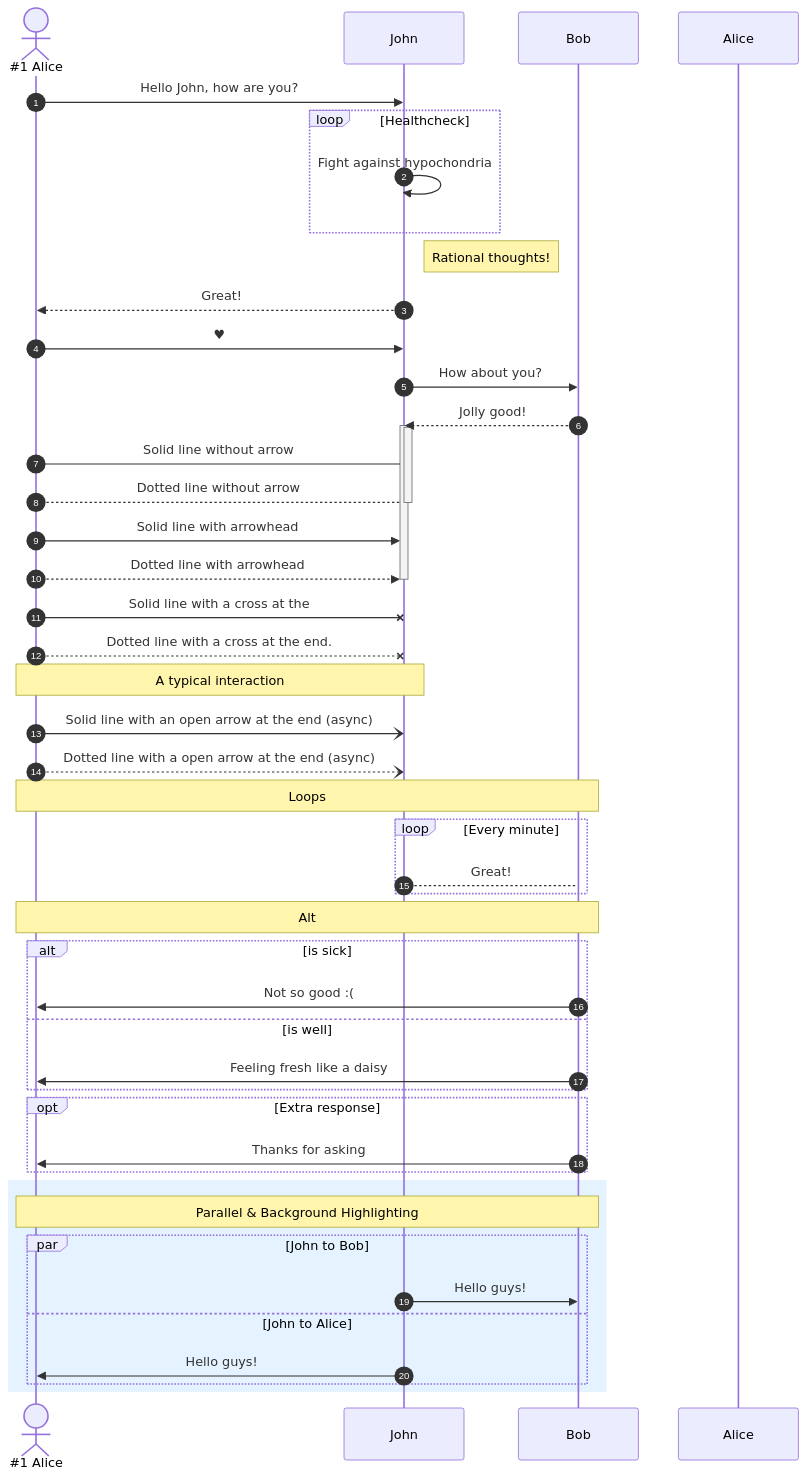
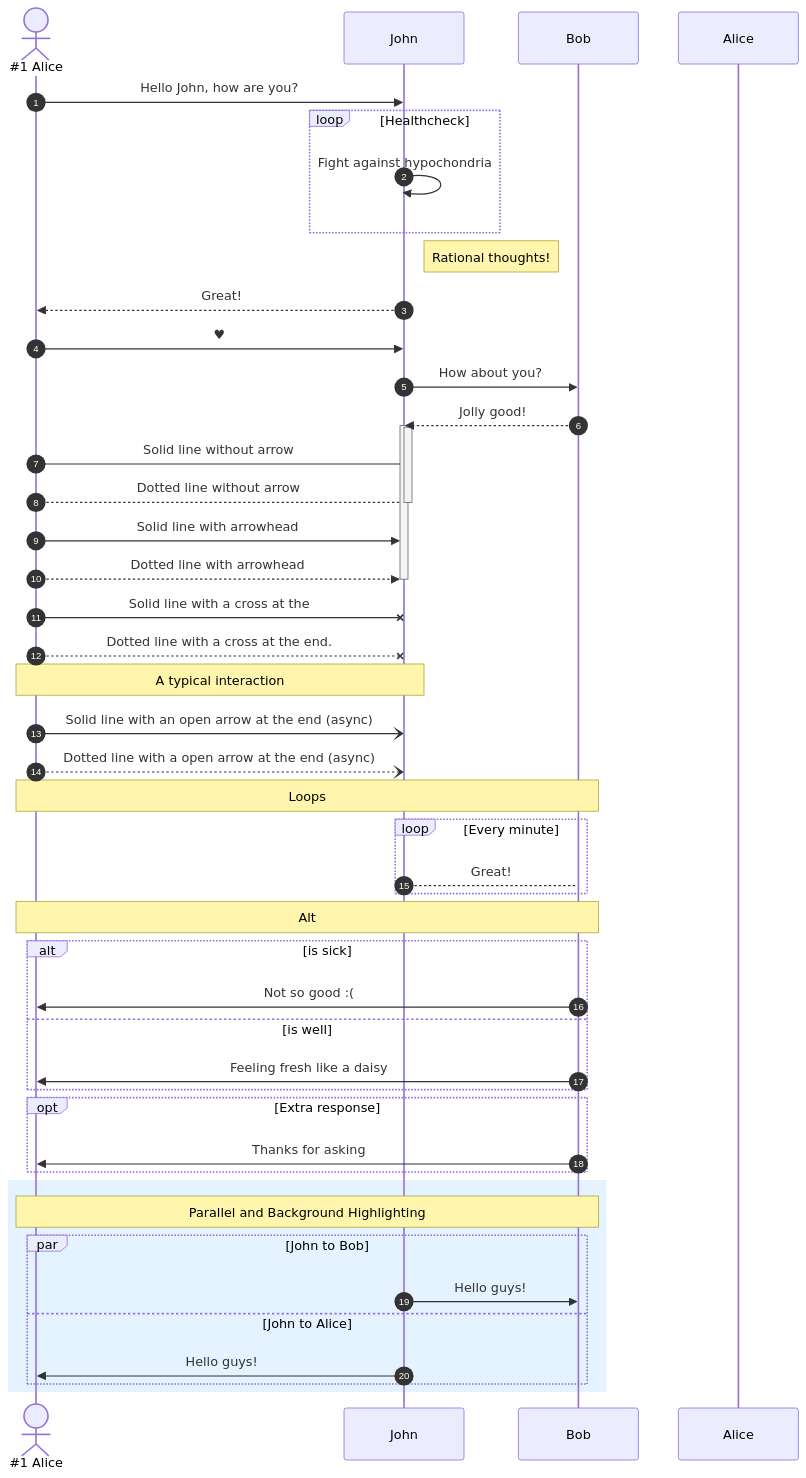
The sixth of 6 diagrams in README-template.md (sdzialowski-godaddy/mermaid), drawn with Mermaid before and after one commit. The commit also changed 1 other file, not shown here.

Commit message:
sequenceDiagram

````diff
--- a/README-template.md
+++ b/README-template.md
@@ -122,58 +122,58 @@
 ```mermaid
 sequenceDiagram
     autonumber
     actor A as #35;1 Alice
     participant J as John
     participant B as Bob
     link Alice: Dashboard @ https://dashboard.contoso.com/alice
 A->>J: Hello John, how are you?
 loop Healthcheck
     J->>J: Fight against hypochondria
 end
 Note right of J: Rational thoughts!
 J-->>A: Great!
 A->>J: #9829;
 J->>B: How about you?
 B-->>J: Jolly good!
 %% this is a comment
 activate J
 activate J
 A->J: Solid line without arrow
 A-->J: Dotted line without arrow
 deactivate J
 A->>J: Solid line with arrowhead
 A-->>J: Dotted line with arrowhead
 deactivate J
 A-xJ: Solid line with a cross at the 
 A--xJ: Dotted line with a cross at the end.
 Note over J,A: A typical interaction
 A-)J: Solid line with an open arrow at the end (async)
 A--)J: Dotted line with a open arrow at the end (async)
 
 Note over A,B: Loops
   loop Every minute
       J-->B: Great!
   end
 
 Note over A,B: Alt
   alt is sick
       B->>A: Not so good :(
   else is well
       B->>A: Feeling fresh like a daisy
   end
 
   opt Extra response
       B->>A: Thanks for asking
   end
 
 rect rgb(191, 223, 255, 0.4)
-Note over A,B: Parallel & Background Highlighting
+Note over A,B: Parallel and Background Highlighting
     par John to Bob
         J->>B: Hello guys!
     and John to Alice
         J->>A: Hello guys!
     end
 end
 
 
 ```
````
